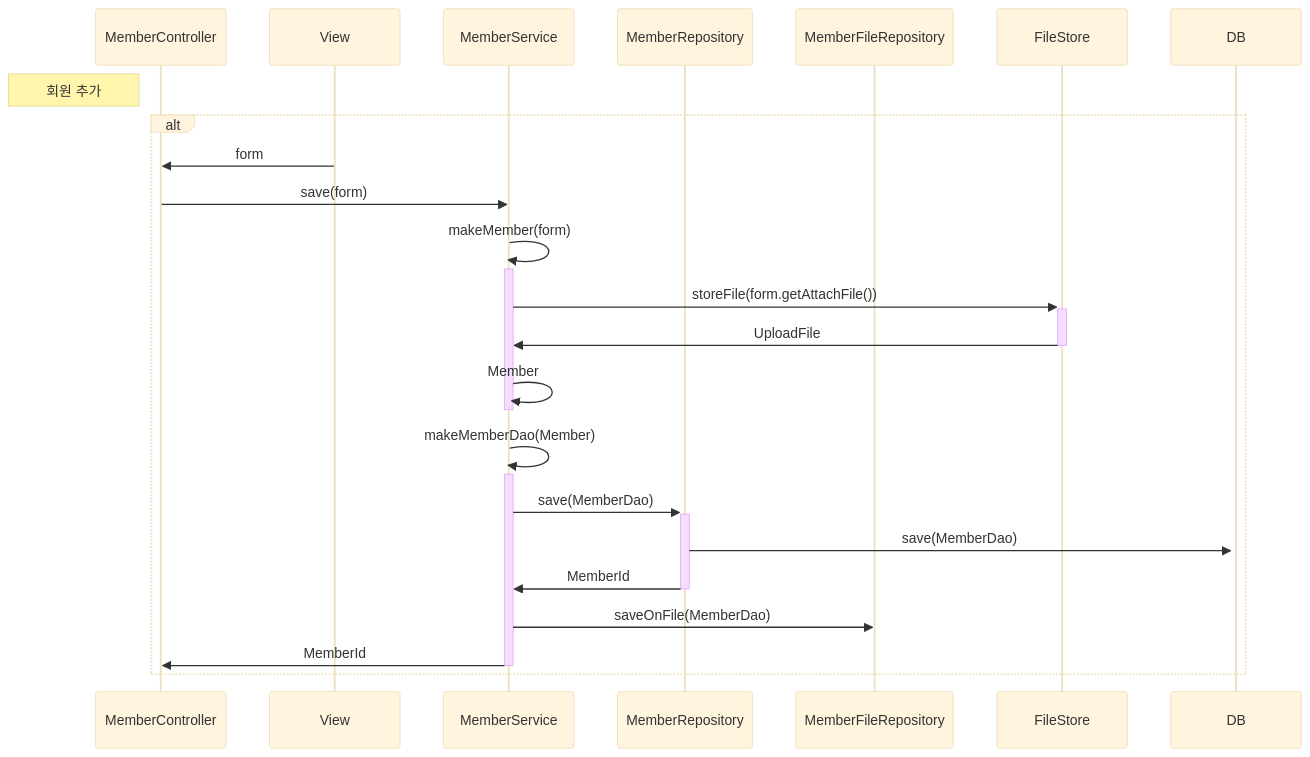
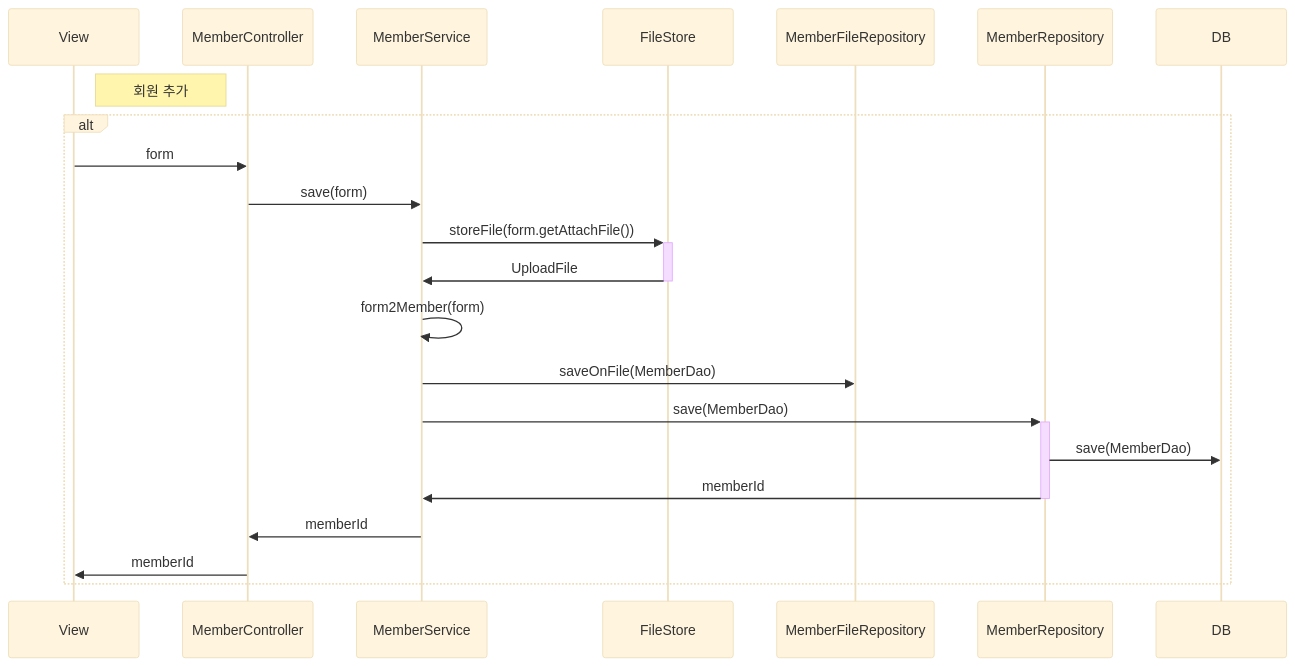
One commit to zittoooo/Page changed the first of 4 diagrams in seq.md. Above: the diagram before and after it, drawn with Mermaid (base theme). The commit also changed other lines of this file, not shown here.

Commit message:
update 수정으로 시퀀스 다이어그램 수정

````diff
--- a/seq.md
+++ b/seq.md
@@ -1,28 +1,26 @@
 ```mermaid
 sequenceDiagram
+    participant V as View
     participant C as MemberController
-    participant V as View
-    participant S as MemberService 
+    participant S as MemberService
+    participant FS as FileStore
+    participant FR as MemberFileRepository
     participant R as MemberRepository
-    participant F as MemberFileRepository 
 
 
     Note left of C: 회원 추가
     alt
     V->>C:form
     C->>S:save(form)
-    S->>+S:makeMember(form)
-    S->>+FileStore:storeFile(form.getAttachFile())
-    FileStore->>-S:UploadFile
-    S->>-S:Member
-    S->>+S:makeMemberDao(Member)
+    S->>+FS:storeFile(form.getAttachFile())
+    FS->>-S:UploadFile
+    S->>S:form2Member(form)
+    S->>FR:saveOnFile(MemberDao)
     S->>+R:save(MemberDao)
-    R->>+DB:save(MemberDao)
-    R->>-S:MemberId
-    S->>F:saveOnFile(MemberDao)
-    S->>-C:MemberId
+    R->>DB:save(MemberDao)
+    R->>-S:memberId
+    S->>C:memberId
+    C->>V:memberId
     end
 
-
-
 ```
````
